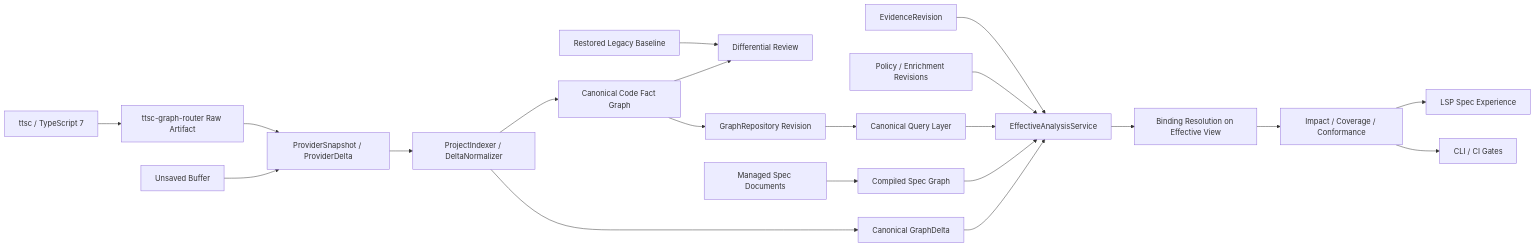
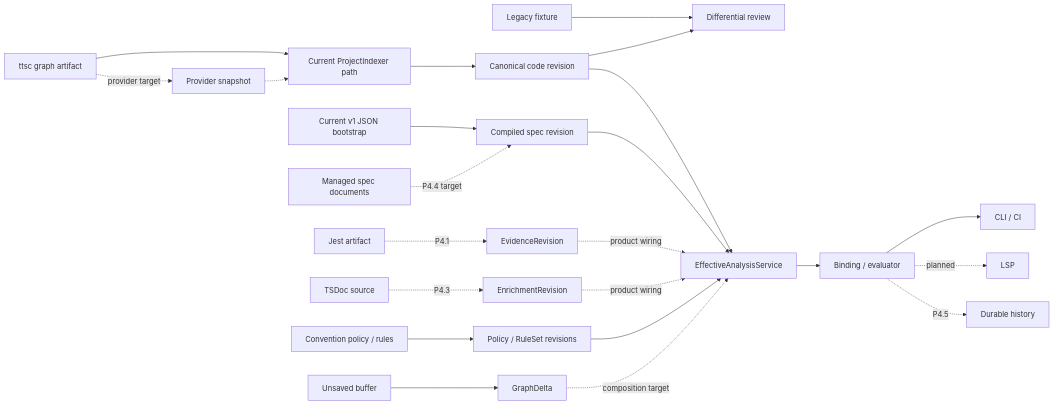
Before and after one commit to mineclover/tsdoc-edge: the diagram in managed/workflows/semantic-graph-spec-governance-roadmap.md, drawn with Mermaid. The commit also changed other lines of this file and 6 other files, not shown here.

Commit message:
docs(governance): align P4 roadmap and runtime policy

````diff
--- a/managed/workflows/semantic-graph-spec-governance-roadmap.md
+++ b/managed/workflows/semantic-graph-spec-governance-roadmap.md
@@ -159,27 +187,27 @@
 ```mermaid
 flowchart LR
-    LEGACY["Restored Legacy Baseline"] --> DIFF["Differential Review"]
-    TTSC["ttsc / TypeScript 7"] --> ROUTER["ttsc-graph-router Raw Artifact"]
-    ROUTER --> PROVIDER["ProviderSnapshot / ProviderDelta"]
-    PROVIDER --> INDEXER["ProjectIndexer / DeltaNormalizer"]
-    INDEXER --> CODE["Canonical Code Fact Graph"]
-    INDEXER --> DELTA["Canonical GraphDelta"]
+    LEGACY["Legacy fixture"] --> DIFF["Differential review"]
+    ROUTER["ttsc graph artifact"] --> INDEXER["Current ProjectIndexer path"]
+    ROUTER -. "provider target" .-> PROVIDER["Provider snapshot"]
+    PROVIDER -.-> INDEXER
+    INDEXER --> CODE["Canonical code revision"]
     CODE --> DIFF
 
-    CODE --> REPO["GraphRepository Revision"]
-    REPO --> QUERY["Canonical Query Layer"]
+    BOOT["Current v1 JSON bootstrap"] --> SPEC["Compiled spec revision"]
+    DOC["Managed spec documents"] -. "P4.4 target" .-> SPEC
+    TEST["Jest artifact"] -. "P4.1" .-> EVIDENCE["EvidenceRevision"]
+    TSDOC["TSDoc source"] -. "P4.3" .-> ENRICH["EnrichmentRevision"]
+    PACK["Convention policy / rules"] --> POLICY["Policy / RuleSet revisions"]
+    BUFFER["Unsaved buffer"] --> DELTA["GraphDelta"]
 
-    SPECDOC["Managed Spec Documents"] --> SPEC["Compiled Spec Graph"]
-    TEST["EvidenceRevision"] --> EFFECTIVE["EffectiveAnalysisService"]
-    POLICY["Policy / Enrichment Revisions"] --> EFFECTIVE
-    QUERY --> EFFECTIVE
+    CODE --> EFFECTIVE["EffectiveAnalysisService"]
     SPEC --> EFFECTIVE
-
-    BUFFER["Unsaved Buffer"] --> PROVIDER
-    DELTA --> EFFECTIVE
-    EFFECTIVE --> BINDING["Binding Resolution on Effective View"]
-    BINDING --> ANALYSIS["Impact / Coverage / Conformance"]
-
-    ANALYSIS --> LSP["LSP Spec Experience"]
-    ANALYSIS --> CLI["CLI / CI Gates"]
+    EVIDENCE -. "product wiring" .-> EFFECTIVE
+    ENRICH -. "product wiring" .-> EFFECTIVE
+    POLICY --> EFFECTIVE
+    DELTA -. "composition target" .-> EFFECTIVE
+    EFFECTIVE --> CHECK["Binding / evaluator"]
+    CHECK --> CLI["CLI / CI"]
+    CHECK -. "planned" .-> LSP["LSP"]
+    CHECK -. "P4.5" .-> HISTORY["Durable history"]
 ```
````
